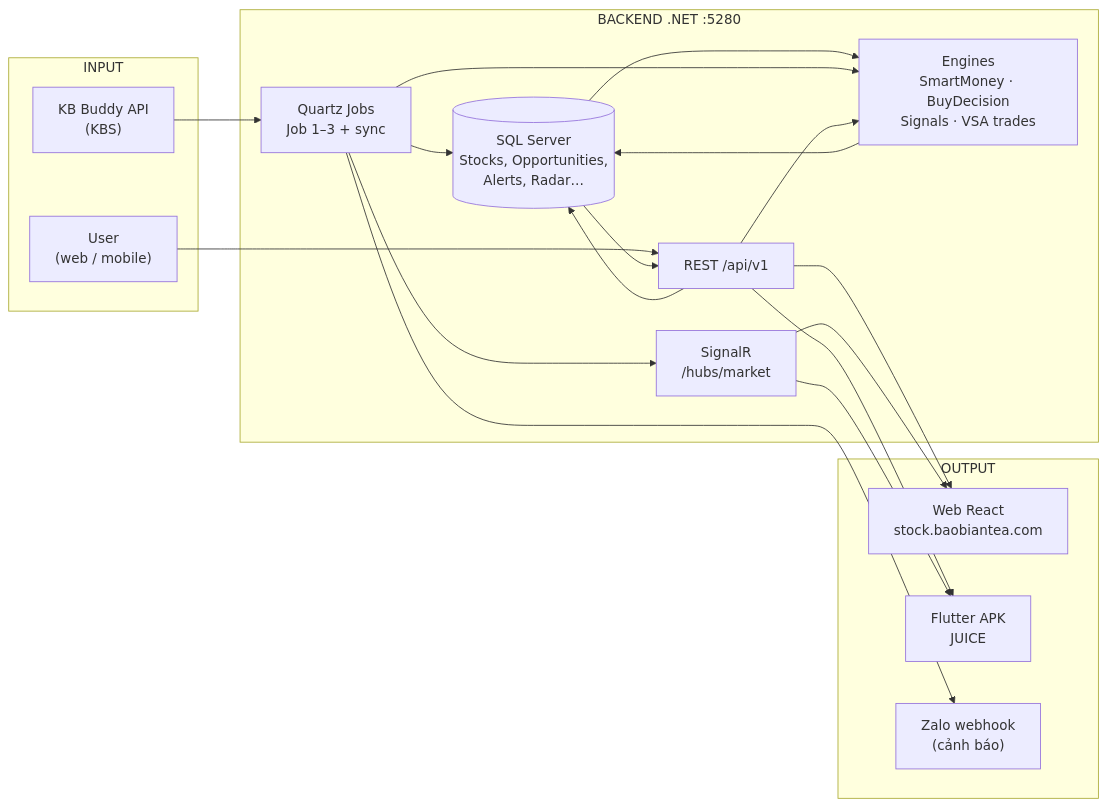
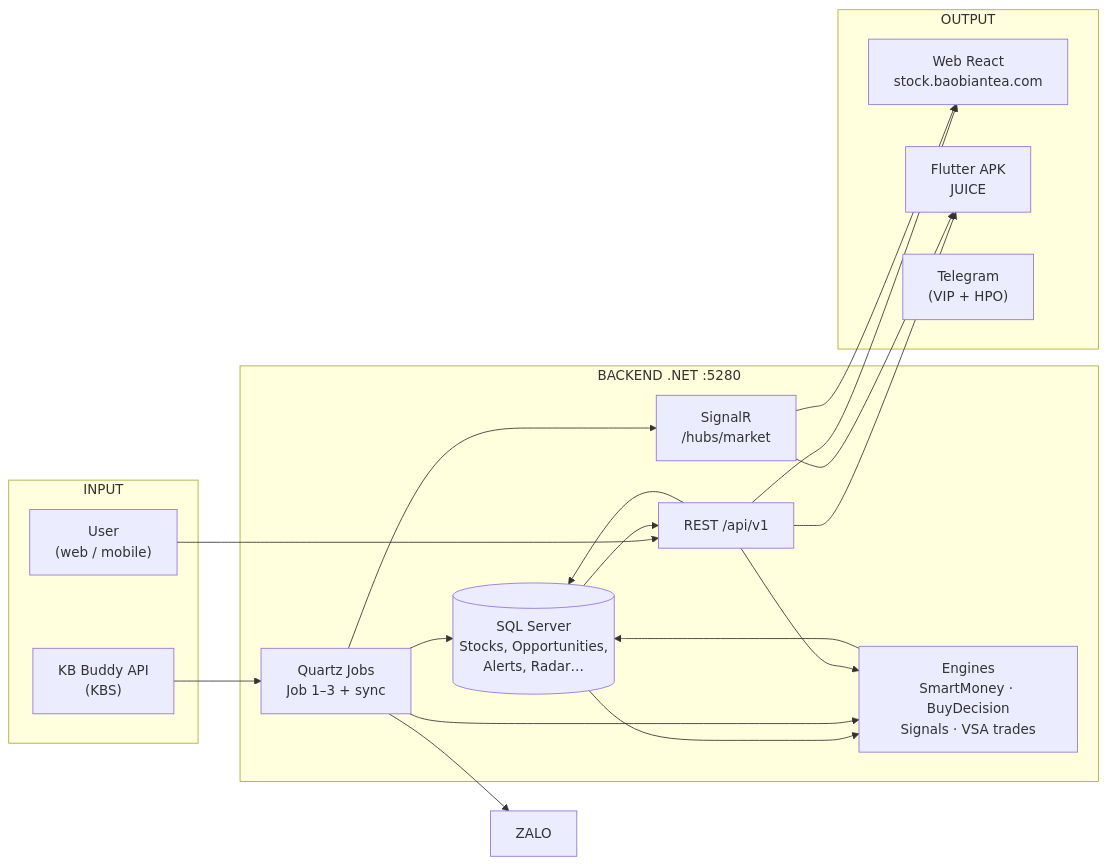
Before and after one commit to Benjamincntt/StockRadar: the first of 7 diagrams in docs/project-data-flow.md, drawn with Mermaid. The commit also changed other lines of this file and 9 other files, not shown here.

Commit message:
chore: remove dead Zalo/WatchlistPattern flows; re-enable IntradayScanner

````diff
--- a/docs/project-data-flow.md
+++ b/docs/project-data-flow.md
@@ -9,37 +9,37 @@
 ```mermaid
 flowchart LR
     subgraph INPUT["INPUT"]
         KBS["KB Buddy API\n(KBS)"]
         USER["User\n(web / mobile)"]
     end
 
     subgraph CORE["BACKEND .NET :5280"]
         JOBS["Quartz Jobs\nJob 1–3 + sync"]
         DB[("SQL Server\nStocks, Opportunities,\nAlerts, Radar…")]
         ENG["Engines\nSmartMoney · BuyDecision\nSignals · VSA trades"]
         API["REST /api/v1"]
         HUB["SignalR\n/hubs/market"]
     end
 
     subgraph OUTPUT["OUTPUT"]
         WEB["Web React\nstock.baobiantea.com"]
         MOB["Flutter APK\nJUICE"]
-        ZALO["Zalo webhook\n(cảnh báo)"]
+        TG["Telegram\n(VIP + HPO)"]
     end
 
     KBS --> JOBS
     JOBS --> DB
     DB --> ENG
     ENG --> DB
     JOBS --> ENG
     USER --> API
     API --> ENG
     API --> DB
     DB --> API
     API --> WEB
     API --> MOB
     JOBS --> HUB
     HUB --> WEB
     HUB --> MOB
     JOBS --> ZALO
 ```
````
